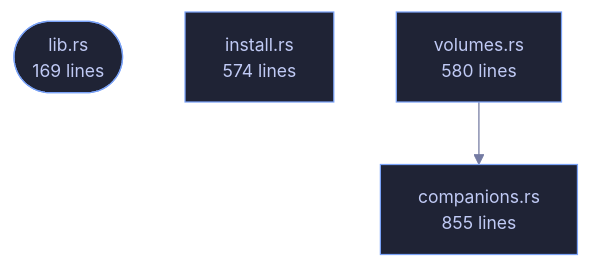
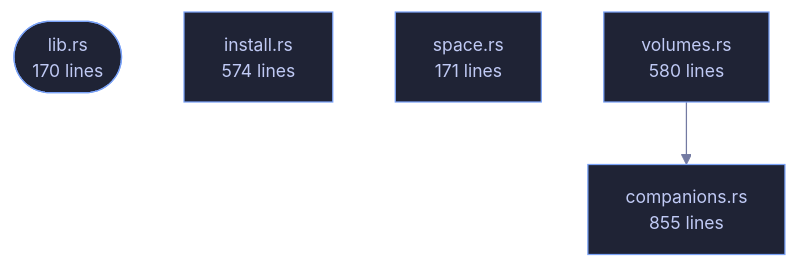
One commit to tilas01/veilvoice changed the diagram in wiki/Crate-veilvoice-setup.md. Above: the diagram before and after it, drawn with Mermaid. The commit also changed other lines of this file and 83 other files, not shown here.

````diff
--- a/wiki/Crate-veilvoice-setup.md
+++ b/wiki/Crate-veilvoice-setup.md
@@ -90,13 +90,15 @@
 ```mermaid
 %%{init: {"theme":"base","themeVariables":{"background":"#1a1b26","primaryColor":"#1f2335","primaryTextColor":"#c0caf5","primaryBorderColor":"#7aa2f7","secondaryColor":"#16161e","tertiaryColor":"#16161e","lineColor":"#737aa2","textColor":"#c0caf5","mainBkg":"#1f2335","nodeBorder":"#7aa2f7","clusterBkg":"#16161e","clusterBorder":"#2f3549","fontFamily":"ui-monospace, SFMono-Regular, Consolas, monospace","fontSize":"14px"}}}%%
 flowchart TD
-    n_lib(["lib.rs<br/>169 lines"])
+    n_lib(["lib.rs<br/>170 lines"])
     n_companions["companions.rs<br/>855 lines"]
     n_install["install.rs<br/>574 lines"]
+    n_space["space.rs<br/>171 lines"]
     n_volumes["volumes.rs<br/>580 lines"]
     n_volumes --> n_companions
     click n_lib href "https://github.com/tilas01/veilvoice/blob/main/crates/veilvoice-setup/src/lib.rs" "open the source"
     click n_companions href "https://github.com/tilas01/veilvoice/blob/main/crates/veilvoice-setup/src/companions.rs" "open the source"
     click n_install href "https://github.com/tilas01/veilvoice/blob/main/crates/veilvoice-setup/src/install.rs" "open the source"
+    click n_space href "https://github.com/tilas01/veilvoice/blob/main/crates/veilvoice-setup/src/space.rs" "open the source"
     click n_volumes href "https://github.com/tilas01/veilvoice/blob/main/crates/veilvoice-setup/src/volumes.rs" "open the source"
 ```
````
